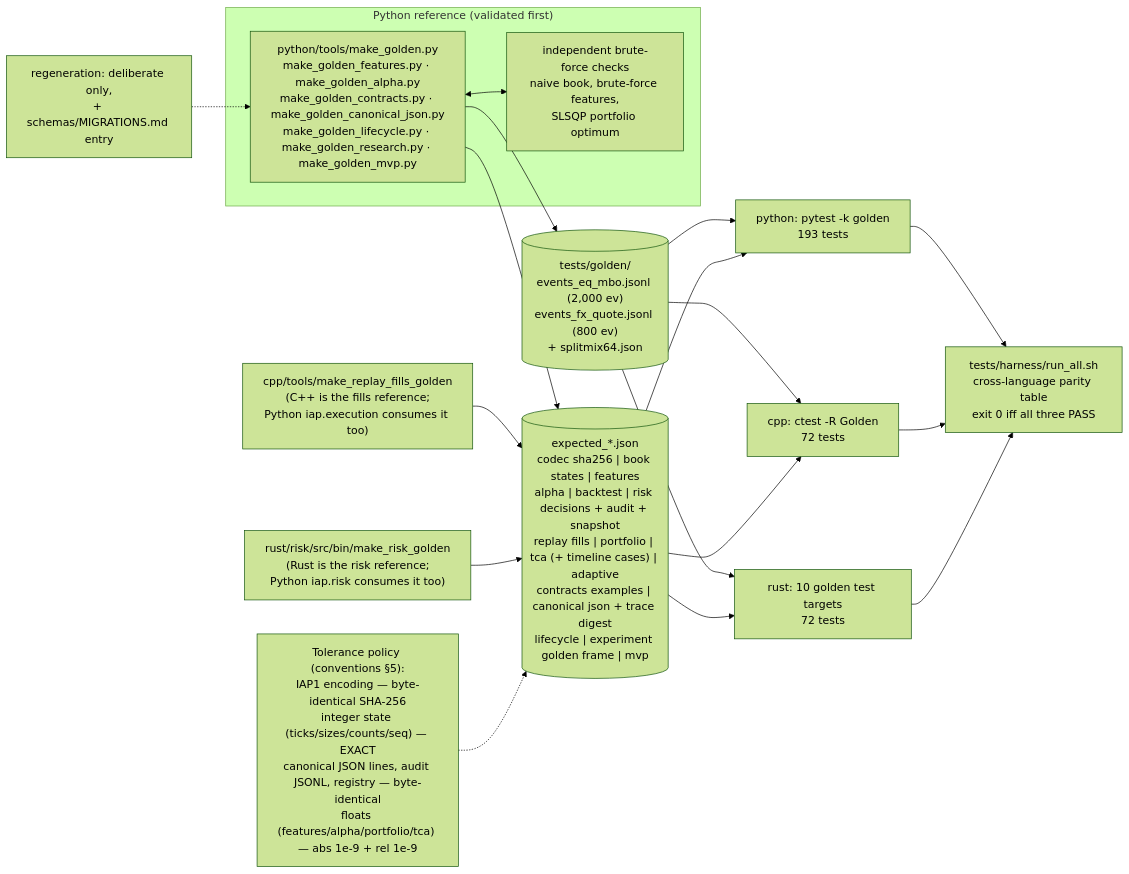
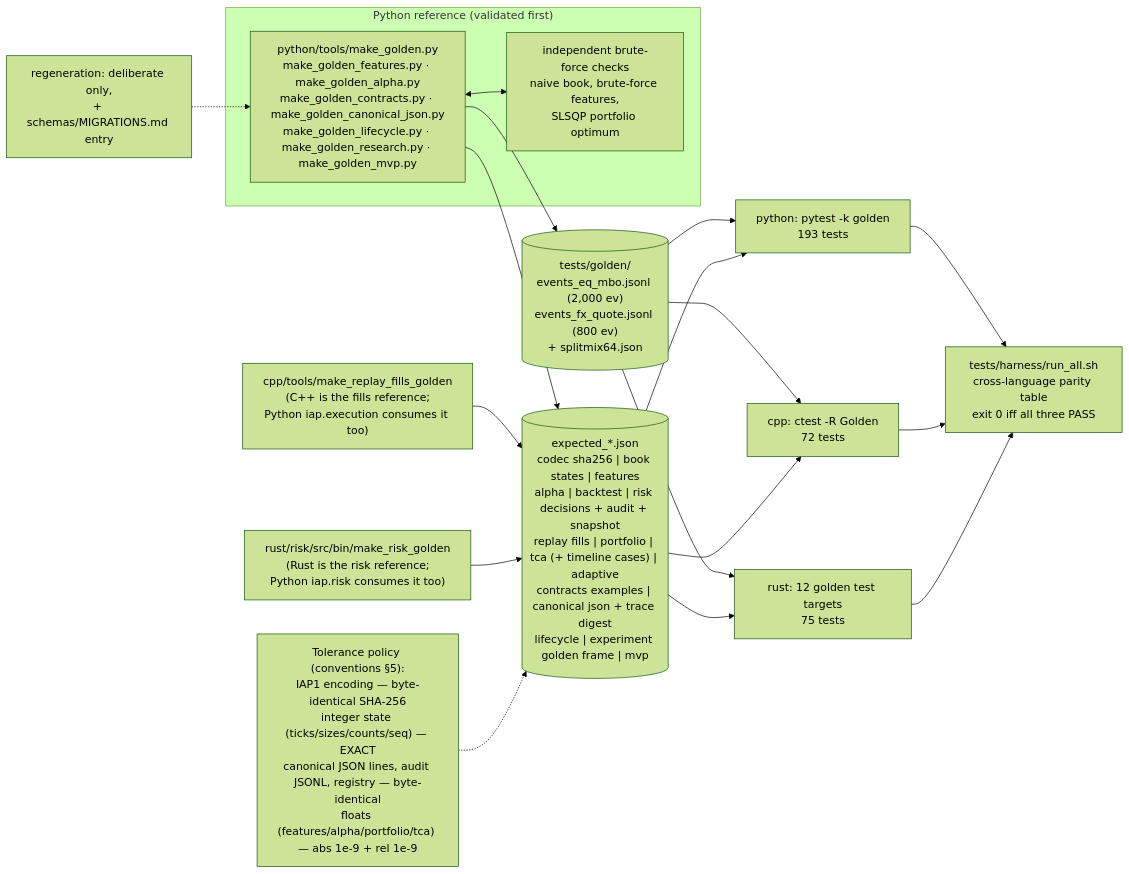
One commit to AshJha0/intraday-alpha-platform changed the diagram in docs/diagrams/golden_topology.mmd. Above: the diagram before and after it, drawn with Mermaid (forest theme). The commit also changed 9 other files, not shown here.

Commit message:
docs: rust test counts 376 / 75 golden (12 golden targets) after F8 / B9

```diff
--- a/docs/diagrams/golden_topology.mmd
+++ b/docs/diagrams/golden_topology.mmd
@@ -1,21 +1,21 @@
 flowchart LR
     subgraph REF["Python reference (validated first)"]
         MG["python/tools/make_golden.py<br/>make_golden_features.py · make_golden_alpha.py<br/>make_golden_contracts.py · make_golden_canonical_json.py<br/>make_golden_lifecycle.py · make_golden_research.py · make_golden_mvp.py"]
         BF["independent brute-force checks<br/>naive book, brute-force features,<br/>SLSQP portfolio optimum"]
         MG <--> BF
     end
     MG --> GV[("tests/golden/<br/>events_eq_mbo.jsonl (2,000 ev)<br/>events_fx_quote.jsonl (800 ev)<br/>+ splitmix64.json")]
     MG --> EXP[("expected_*.json<br/>codec sha256 | book states | features<br/>alpha | backtest | risk decisions + audit + snapshot<br/>replay fills | portfolio | tca (+ timeline cases) | adaptive<br/>contracts examples | canonical json + trace digest<br/>lifecycle | experiment golden frame | mvp")]
     CPPTOOL["cpp/tools/make_replay_fills_golden<br/>(C++ is the fills reference;<br/>Python iap.execution consumes it too)"] --> EXP
     RSTOOL["rust/risk/src/bin/make_risk_golden<br/>(Rust is the risk reference;<br/>Python iap.risk consumes it too)"] --> EXP
     GV --> PY["python: pytest -k golden<br/>193 tests"]
     GV --> CPP["cpp: ctest -R Golden<br/>72 tests"]
-    GV --> RS["rust: 10 golden test targets<br/>72 tests"]
+    GV --> RS["rust: 12 golden test targets<br/>75 tests"]
     EXP --> PY
     EXP --> CPP
     EXP --> RS
     PY --> TAB["tests/harness/run_all.sh<br/>cross-language parity table<br/>exit 0 iff all three PASS"]
     CPP --> TAB
     RS --> TAB
     TOL["Tolerance policy (conventions §5):<br/>IAP1 encoding — byte-identical SHA-256<br/>integer state (ticks/sizes/counts/seq) — EXACT<br/>canonical JSON lines, audit JSONL, registry — byte-identical<br/>floats (features/alpha/portfolio/tca) — abs 1e-9 + rel 1e-9"] -.-> EXP
     MIG["regeneration: deliberate only,<br/>+ schemas/MIGRATIONS.md entry"] -.-> MG
```
